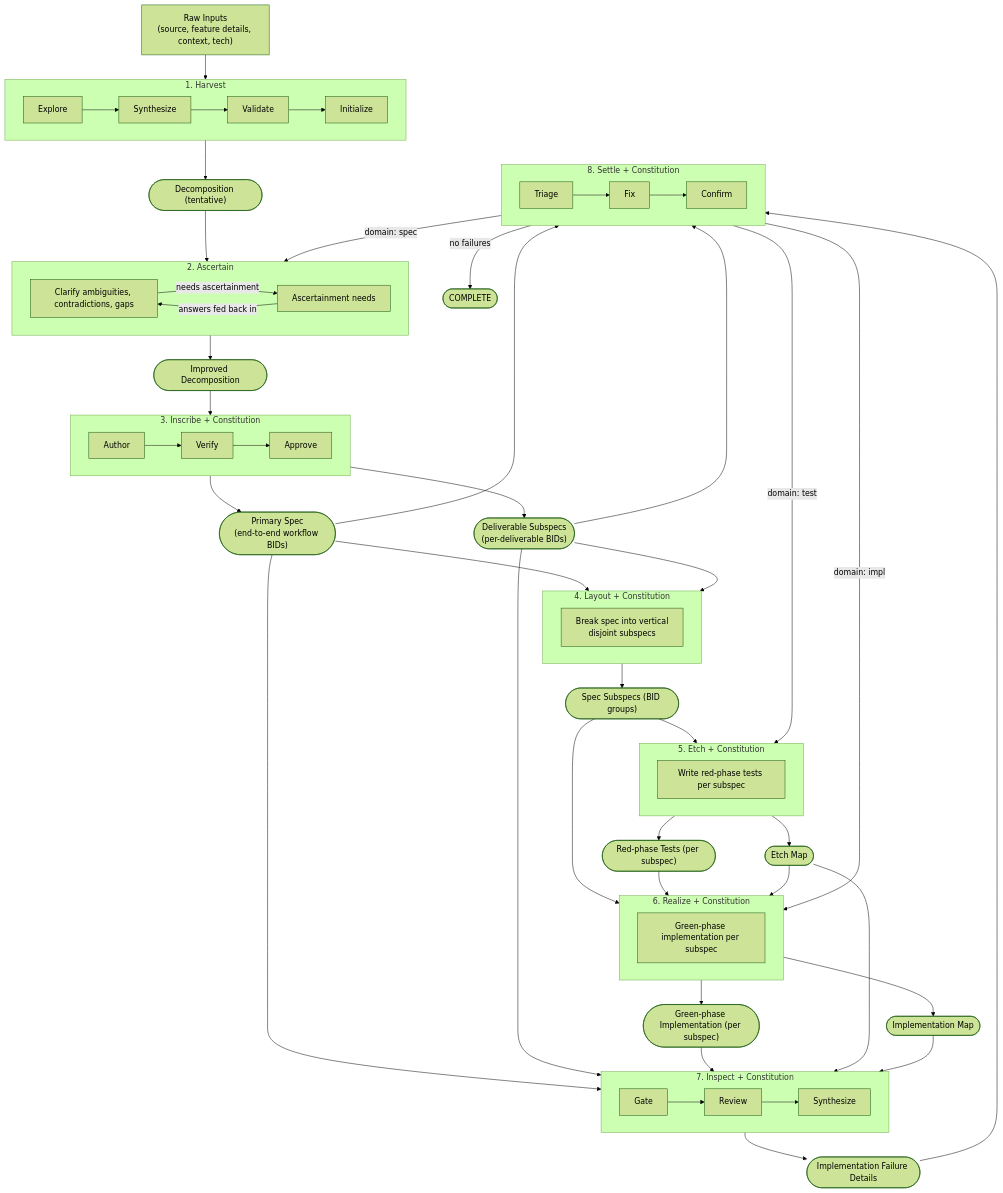
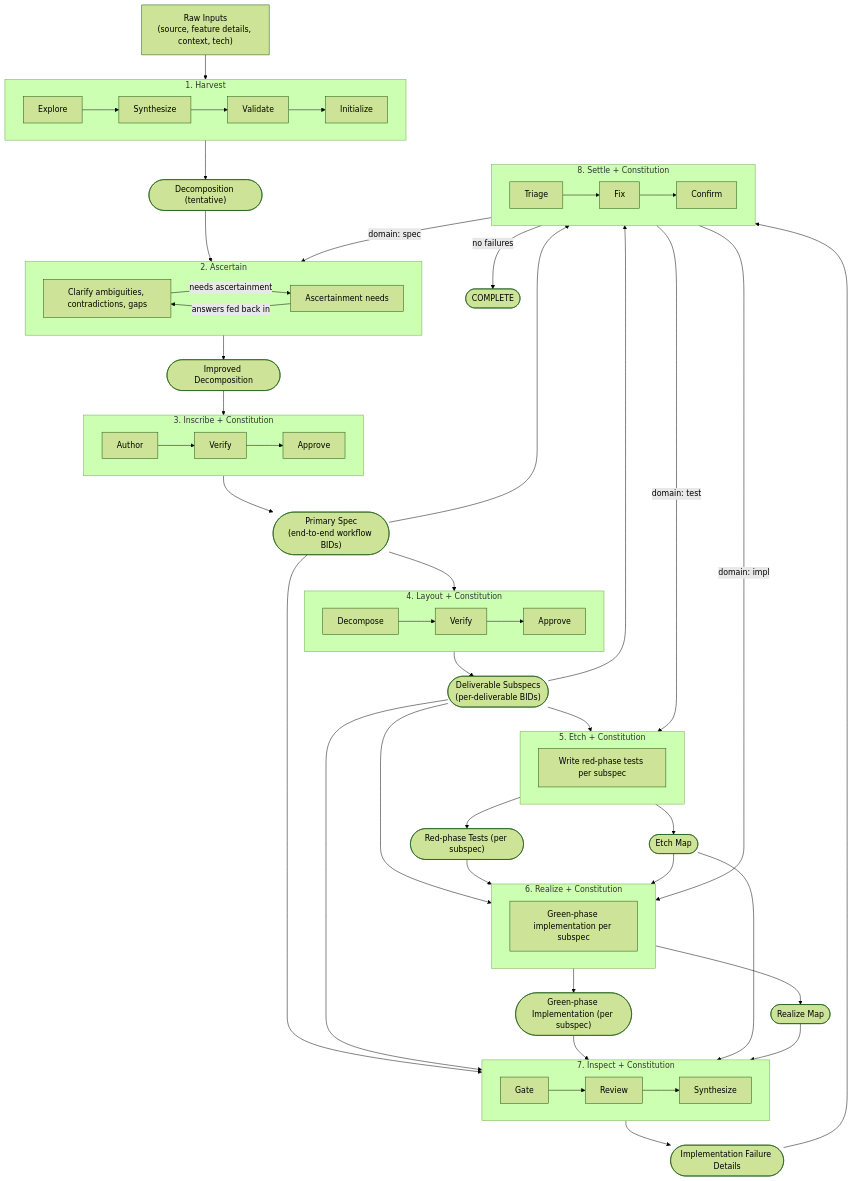
One commit to v0idbit/haileris changed the fourth of 5 diagrams in docs/diagrams/diagrams.md. Above: the diagram before and after it, drawn with Mermaid (forest theme). The commit also changed other lines of this file and 24 other files, not shown here.

````diff
--- a/docs/diagrams/diagrams.md
+++ b/docs/diagrams/diagrams.md
@@ -145,78 +143,76 @@
 ```mermaid
 flowchart TD
     RAW["Raw Inputs<br>(source, feature details, context, tech)"]
 
     RAW --> H
 
     subgraph H["1. Harvest"]
         H_E["Explore"] --> H_S["Synthesize"] --> H_V["Validate"] --> H_I["Initialize"]
     end
 
     H --> DEC(["Decomposition (tentative)"])
     DEC --> A
 
     subgraph A["2. Ascertain"]
         A_P["Clarify ambiguities, contradictions, gaps"]
         A_P -->|needs ascertainment| A_OUT_Q["Ascertainment needs"]
         A_OUT_Q -->|answers fed back in| A_P
     end
 
     A --> ID(["Improved Decomposition"])
     ID --> I
 
     subgraph I["3. Inscribe + Constitution"]
         I_A["Author"] --> I_V["Verify"] --> I_AP["Approve"]
     end
 
     I --> PS2(["Primary Spec<br>(end-to-end workflow BIDs)"])
-    I --> CS2(["Deliverable Subspecs<br>(per-deliverable BIDs)"])
     PS2 --> L
-    CS2 --> L
 
     subgraph L["4. Layout + Constitution"]
-        L_P["Break spec into vertical<br>disjoint subspecs"]
+        L_D["Decompose"] --> L_V["Verify"] --> L_AP["Approve"]
     end
 
-    L --> SS(["Spec Subspecs (BID groups)"])
-    SS --> E
+    L --> CS2(["Deliverable Subspecs<br>(per-deliverable BIDs)"])
+    CS2 --> E
 
     subgraph E["5. Etch + Constitution"]
         E_P["Write red-phase tests per subspec"]
     end
 
     E --> RT(["Red-phase Tests (per subspec)"])
     E --> ETM2(["Etch Map"])
-    SS --> R
+    CS2 --> R
     RT --> R
     ETM2 --> R
 
     subgraph R["6. Realize + Constitution"]
         R_P["Green-phase implementation per subspec"]
     end
 
     R --> GI(["Green-phase Implementation (per subspec)"])
-    R --> IM2(["Implementation Map"])
+    R --> RM2(["Realize Map"])
     PS2 --> IN
     CS2 --> IN
     GI --> IN
     ETM2 --> IN
-    IM2 --> IN
+    RM2 --> IN
 
     subgraph IN["7. Inspect + Constitution"]
         IN_G["Gate"] --> IN_R["Review"] --> IN_S["Synthesize"]
     end
 
     IN --> IF(["Implementation Failure Details"])
     PS2 --> S
     CS2 --> S
     IF --> S
 
     subgraph S["8. Settle + Constitution"]
         S_T["Triage"] --> S_F["Fix"] --> S_C["Confirm"]
     end
 
     S -->|"domain: spec"| A
     S -->|"domain: test"| E
     S -->|"domain: impl"| R
     S -->|no failures| DONE(["COMPLETE"])
 ```
````
